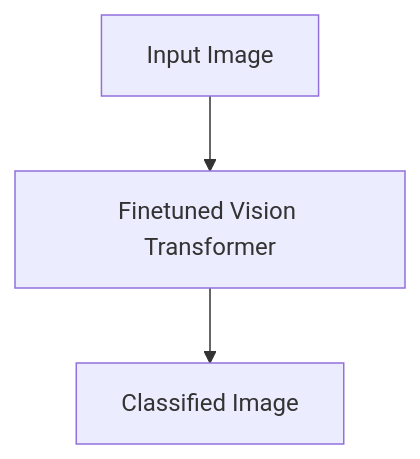
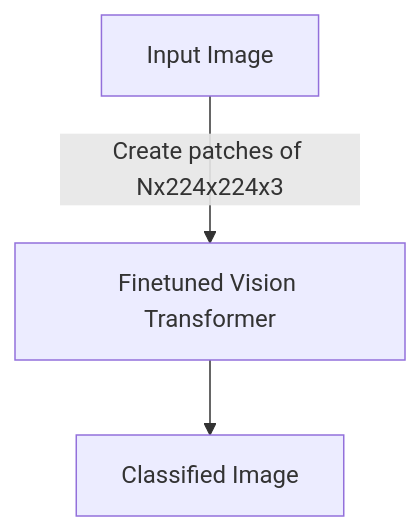
One commit to manashmandal/metallographic-image-analysis changed the first of 2 diagrams in README.md. Above: the diagram before and after it, drawn with Mermaid.

````diff
--- a/README.md
+++ b/README.md
@@ -5,4 +5,4 @@
 ```mermaid
 flowchart TD
-    A[Input Image] --> B[Finetuned Vision Transformer] --> C[Classified Image]
+    A[Input Image] --> |Create patches of Nx224x224x3| B[Finetuned Vision Transformer] --> C[Classified Image]
 ```
````
